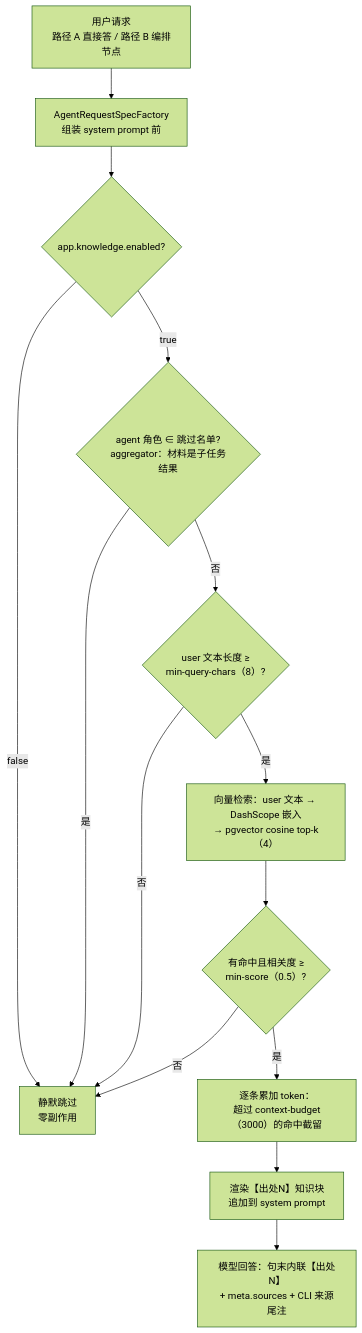
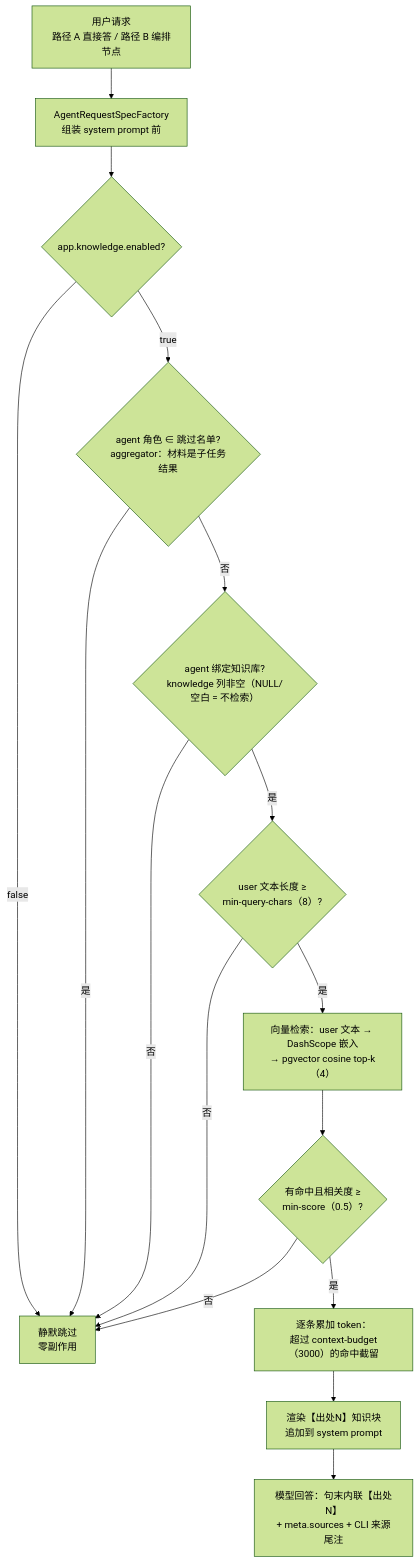
Before and after one commit to cxknotjj/java-harness: the first of 2 diagrams in docs/data-flow.md, drawn with Mermaid (forest theme). The commit also changed 7 other files, not shown here.

First line of the commit message:
fix(knowledge): agent 未绑定知识库时不再触发检索

````diff
--- a/docs/data-flow.md
+++ b/docs/data-flow.md
@@ -515,16 +515,18 @@
 ```mermaid
 flowchart TD
     A[用户请求<br/>路径 A 直接答 / 路径 B 编排节点] --> B["AgentRequestSpecFactory<br/>组装 system prompt 前"]
     B --> C{"app.knowledge.enabled?"}
     C -->|false| X[静默跳过<br/>零副作用]
     C -->|true| D{"agent 角色 ∈ 跳过名单?<br/>aggregator：材料是子任务结果"}
     D -->|是| X
-    D -->|否| E{"user 文本长度 ≥<br/>min-query-chars（8）?"}
+    D -->|否| D2{"agent 绑定知识库?<br/>knowledge 列非空（NULL/空白 = 不检索）"}
+    D2 -->|否| X
+    D2 -->|是| E{"user 文本长度 ≥<br/>min-query-chars（8）?"}
     E -->|否| X
     E -->|是| F["向量检索：user 文本 → DashScope 嵌入<br/>→ pgvector cosine top-k（4）"]
     F --> G{"有命中且相关度 ≥<br/>min-score（0.5）?"}
     G -->|否| X
     G -->|是| H["逐条累加 token：<br/>超过 context-budget（3000）的命中截留"]
     H --> I["渲染【出处N】知识块<br/>追加到 system prompt"]
     I --> J["模型回答：句末内联【出处N】<br/>+ meta.sources + CLI 来源尾注"]
 ```
````
